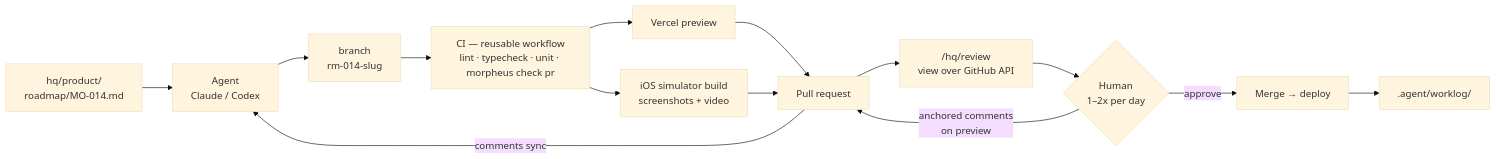
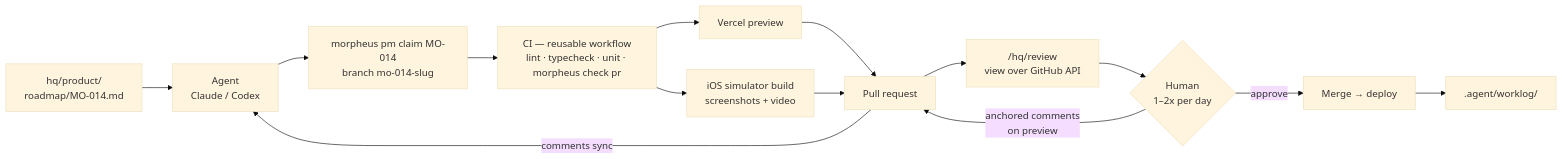
Before and after one commit to cpheinrich/morpheus: the second of 4 diagrams in architecture.md, drawn with Mermaid (base theme). The commit also changed other lines of this file and 7 other files, not shown here.

````diff
--- a/architecture.md
+++ b/architecture.md
@@ -533,16 +533,16 @@
 ```mermaid
 flowchart LR
     RM["hq/product/<br/>roadmap/MO-014.md"] --> AG[Agent<br/>Claude / Codex]
-    AG --> BR["branch<br/>rm-014-slug"]
+    AG --> BR["morpheus pm claim MO-014<br/>branch mo-014-slug"]
     BR --> CI["CI — reusable workflow<br/>lint · typecheck · unit · morpheus check pr"]
     CI --> PREV[Vercel preview]
     CI --> SIM["iOS simulator build<br/>screenshots + video"]
     PREV --> PR[Pull request]
     SIM --> PR
     PR --> Q["/hq/review<br/>view over GitHub API"]
     Q --> H{Human<br/>1–2x per day}
     H -->|anchored comments<br/>on preview| PR
     H -->|approve| MERGE[Merge → deploy]
     PR -->|comments sync| AG
     MERGE --> J[".agent/worklog/"]
 ```
````
